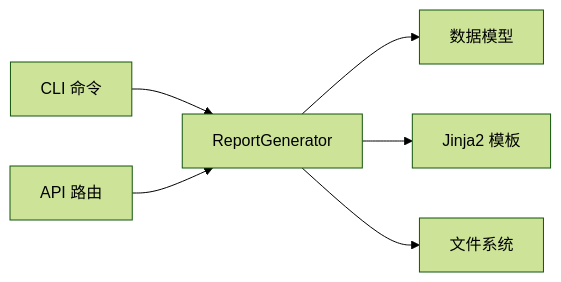
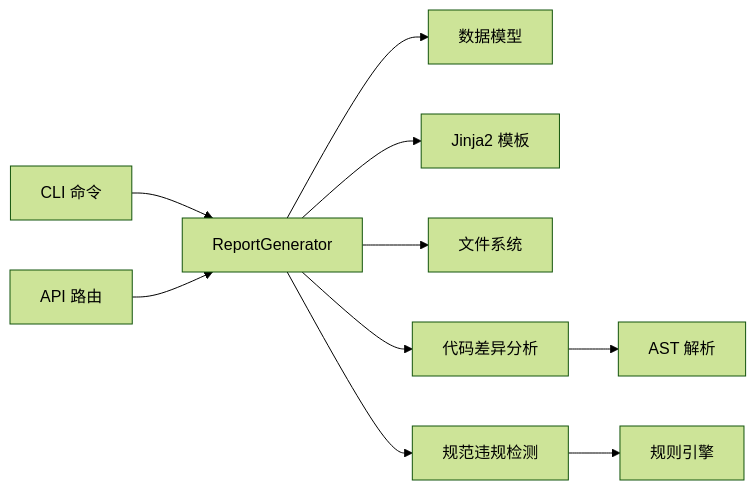
One commit to boyingliu01/fault-review-analyzer changed the sixth of 6 diagrams in .qoder/repowiki/zh/content/可视化系统/报告生成系统.md. Above: the diagram before and after it, drawn with Mermaid (forest theme). The commit also changed other lines of this file and 125 other files, not shown here.

````diff
--- a/.qoder/repowiki/zh/content/可视化系统/报告生成系统.md
+++ b/.qoder/repowiki/zh/content/可视化系统/报告生成系统.md
@@ -364,8 +462,12 @@
 ```mermaid
 graph LR
 CLI["CLI 命令"] --> RG["ReportGenerator"]
 API["API 路由"] --> RG
 RG --> Models["数据模型"]
 RG --> Templates["Jinja2 模板"]
 RG --> FS["文件系统"]
+RG --> CCA["代码差异分析"]
+RG --> VD["规范违规检测"]
+CCA --> AST["AST 解析"]
+VD --> Rules["规则引擎"]
 ```
````
